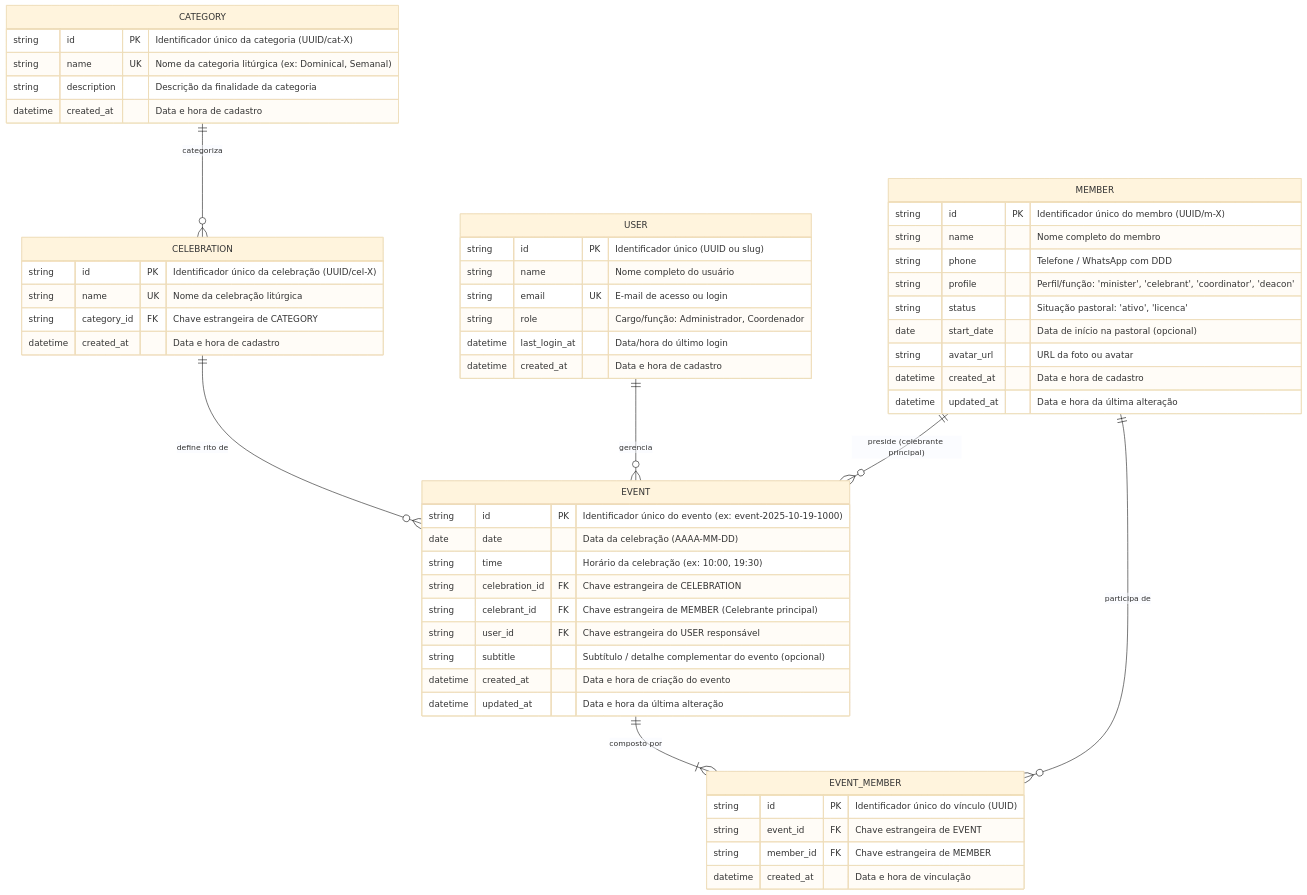
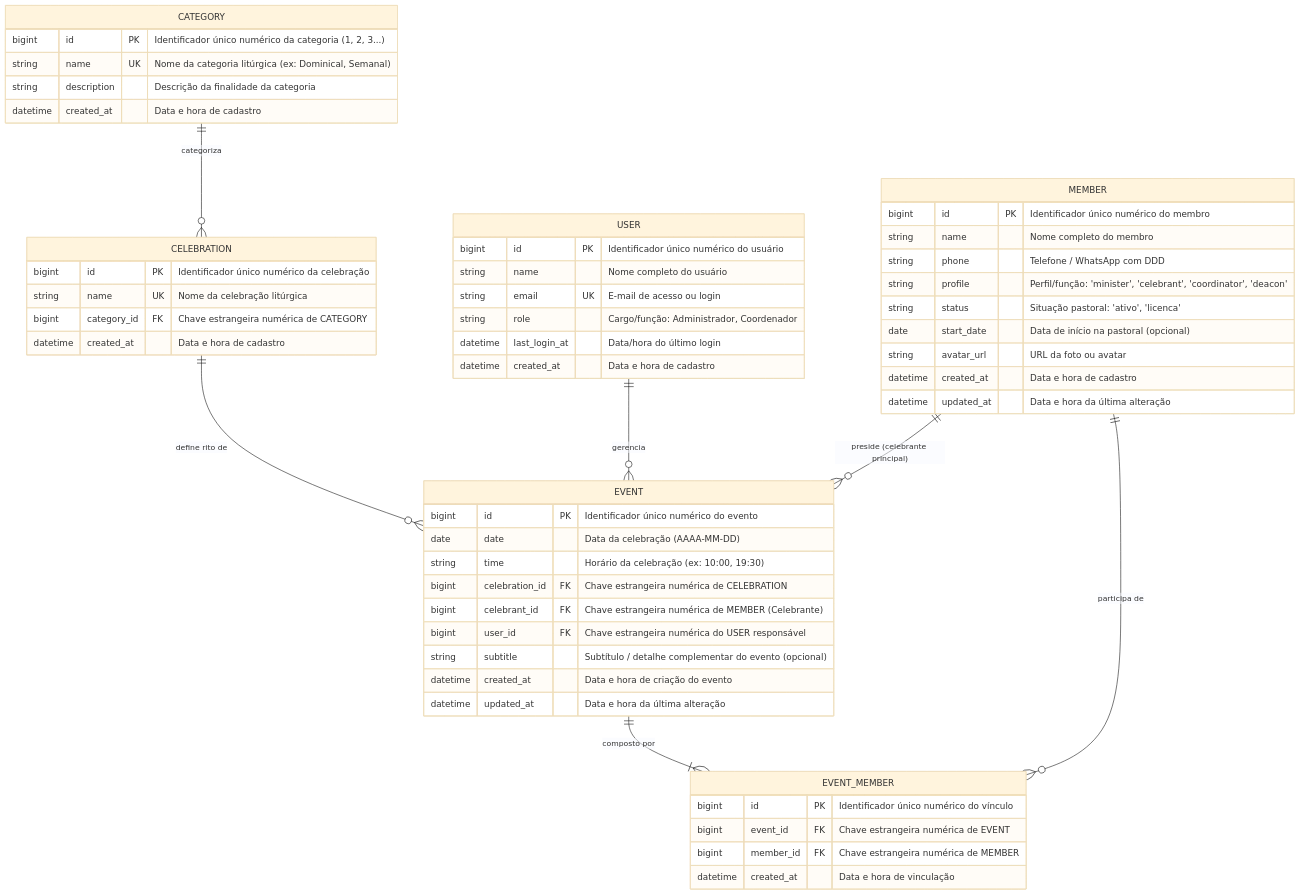
Before and after one commit to henriquehl/escala_ministros_front: the diagram in docs/DER_RECOMENDADO.md, drawn with Mermaid (base theme). The commit also changed other lines of this file, not shown here.

````diff
--- a/docs/DER_RECOMENDADO.md
+++ b/docs/DER_RECOMENDADO.md
@@ -9,63 +9,63 @@
 ```mermaid
 erDiagram
     CATEGORY ||--o{ CELEBRATION : "categoriza"
     USER ||--o{ EVENT : "gerencia"
     MEMBER ||--o{ EVENT : "preside (celebrante principal)"
     MEMBER ||--o{ EVENT_MEMBER : "participa de"
     EVENT ||--|{ EVENT_MEMBER : "composto por"
     CELEBRATION ||--o{ EVENT : "define rito de"
 
     CATEGORY {
-        string id PK "Identificador único da categoria (UUID/cat-X)"
+        bigint id PK "Identificador único numérico da categoria (1, 2, 3...)"
         string name UK "Nome da categoria litúrgica (ex: Dominical, Semanal)"
         string description "Descrição da finalidade da categoria"
         datetime created_at "Data e hora de cadastro"
     }
 
     USER {
-        string id PK "Identificador único (UUID ou slug)"
+        bigint id PK "Identificador único numérico do usuário"
         string name "Nome completo do usuário"
         string email UK "E-mail de acesso ou login"
         string role "Cargo/função: Administrador, Coordenador"
         datetime last_login_at "Data/hora do último login"
         datetime created_at "Data e hora de cadastro"
     }
 
     MEMBER {
-        string id PK "Identificador único do membro (UUID/m-X)"
+        bigint id PK "Identificador único numérico do membro"
         string name "Nome completo do membro"
         string phone "Telefone / WhatsApp com DDD"
         string profile "Perfil/função: 'minister', 'celebrant', 'coordinator', 'deacon'"
         string status "Situação pastoral: 'ativo', 'licenca'"
         date start_date "Data de início na pastoral (opcional)"
         string avatar_url "URL da foto ou avatar"
         datetime created_at "Data e hora de cadastro"
         datetime updated_at "Data e hora da última alteração"
     }
 
     CELEBRATION {
-        string id PK "Identificador único da celebração (UUID/cel-X)"
+        bigint id PK "Identificador único numérico da celebração"
         string name UK "Nome da celebração litúrgica"
-        string category_id FK "Chave estrangeira de CATEGORY"
+        bigint category_id FK "Chave estrangeira numérica de CATEGORY"
         datetime created_at "Data e hora de cadastro"
     }
 
     EVENT {
-        string id PK "Identificador único do evento (ex: event-2025-10-19-1000)"
+        bigint id PK "Identificador único numérico do evento"
         date date "Data da celebração (AAAA-MM-DD)"
         string time "Horário da celebração (ex: 10:00, 19:30)"
-        string celebration_id FK "Chave estrangeira de CELEBRATION"
-        string celebrant_id FK "Chave estrangeira de MEMBER (Celebrante principal)"
-        string user_id FK "Chave estrangeira do USER responsável"
+        bigint celebration_id FK "Chave estrangeira numérica de CELEBRATION"
+        bigint celebrant_id FK "Chave estrangeira numérica de MEMBER (Celebrante)"
+        bigint user_id FK "Chave estrangeira numérica do USER responsável"
         string subtitle "Subtítulo / detalhe complementar do evento (opcional)"
         datetime created_at "Data e hora de criação do evento"
         datetime updated_at "Data e hora da última alteração"
     }
 
     EVENT_MEMBER {
-        string id PK "Identificador único do vínculo (UUID)"
-        string event_id FK "Chave estrangeira de EVENT"
-        string member_id FK "Chave estrangeira de MEMBER"
+        bigint id PK "Identificador único numérico do vínculo"
+        bigint event_id FK "Chave estrangeira numérica de EVENT"
+        bigint member_id FK "Chave estrangeira numérica de MEMBER"
         datetime created_at "Data e hora de vinculação"
     }
 ```
````
